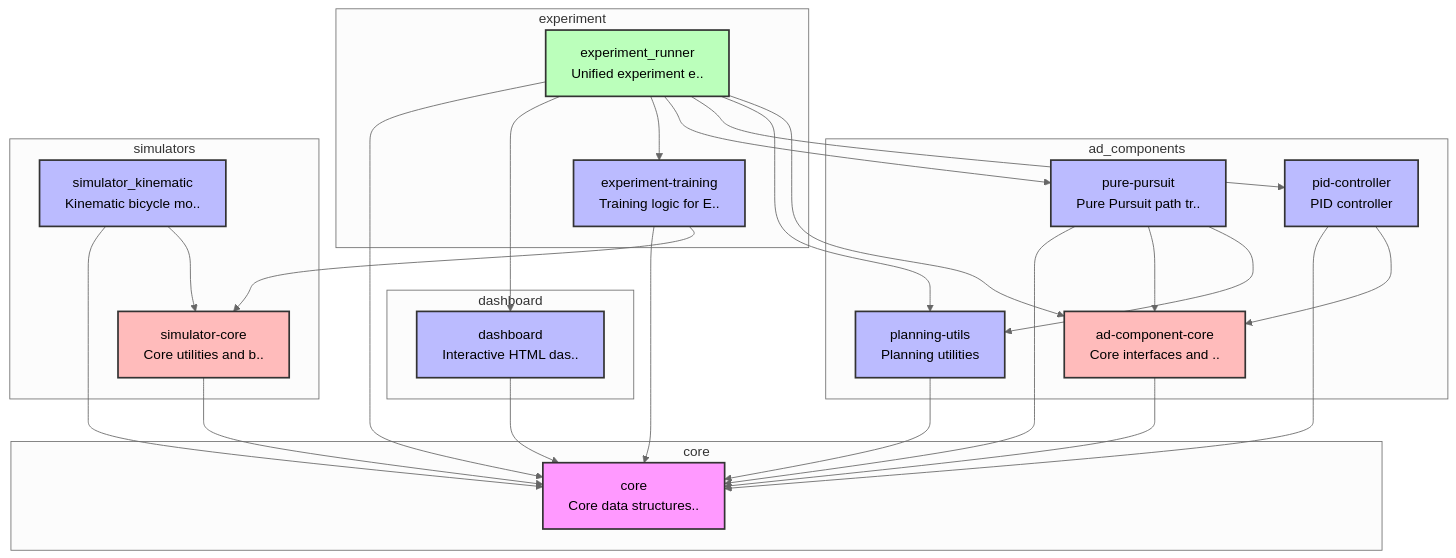
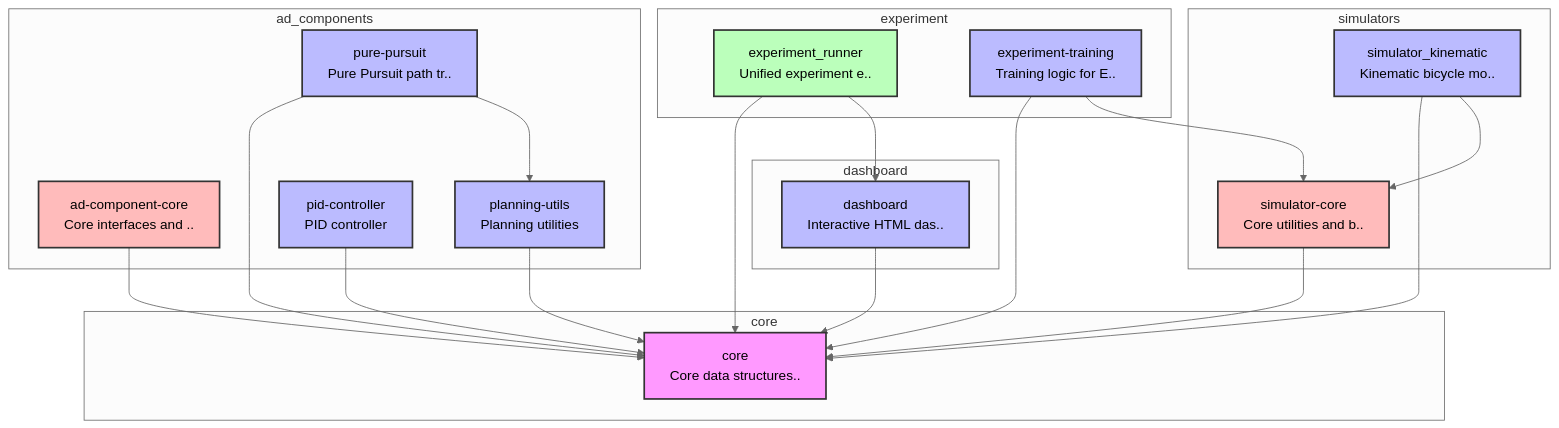
One commit to masahiro-kubota/python-self-driving-simulator changed the first of 2 diagrams in README.md. Above: the diagram before and after it, drawn with Mermaid (neutral theme). The commit also changed 3 other files, not shown here.

````diff
--- a/README.md
+++ b/README.md
@@ -107,60 +107,53 @@
 ```mermaid
 graph TD
     %% Styling
     classDef core fill:#f9f,stroke:#333,stroke-width:2px;
     classDef base fill:#fbb,stroke:#333,stroke-width:2px;
     classDef impl fill:#bbf,stroke:#333,stroke-width:2px;
     classDef app fill:#bfb,stroke:#333,stroke-width:2px;
     classDef default fill:#fff,stroke:#333,stroke-width:1px;
     subgraph group_core [core]
         core["core<br/>Core data structures.."]
         class core core;
     end
     subgraph group_dashboard [dashboard]
         dashboard["dashboard<br/>Interactive HTML das.."]
         class dashboard impl;
     end
     subgraph group_ad_components [ad_components]
         ad_component_core["ad-component-core<br/>Core interfaces and .."]
         class ad_component_core base;
         pure_pursuit["pure-pursuit<br/>Pure Pursuit path tr.."]
         class pure_pursuit impl;
         planning_utils["planning-utils<br/>Planning utilities"]
         class planning_utils impl;
         pid_controller["pid-controller<br/>PID controller"]
         class pid_controller impl;
     end
     subgraph group_experiment [experiment]
         experiment_runner["experiment_runner<br/>Unified experiment e.."]
         class experiment_runner app;
         experiment_training["experiment-training<br/>Training logic for E.."]
         class experiment_training impl;
     end
     subgraph group_simulators [simulators]
         simulator_core["simulator-core<br/>Core utilities and b.."]
         class simulator_core base;
         simulator_kinematic["simulator_kinematic<br/>Kinematic bicycle mo.."]
         class simulator_kinematic impl;
     end
     %% Dependencies
     dashboard --> core
     ad_component_core --> core
     pure_pursuit --> core
-    pure_pursuit --> ad_component_core
     pure_pursuit --> planning_utils
     planning_utils --> core
     pid_controller --> core
-    pid_controller --> ad_component_core
     experiment_runner --> core
     experiment_runner --> dashboard
-    experiment_runner --> experiment_training
-    experiment_runner --> pure_pursuit
-    experiment_runner --> pid_controller
-    experiment_runner --> planning_utils
-    experiment_runner --> ad_component_core
     experiment_training --> core
     experiment_training --> simulator_core
     simulator_core --> core
     simulator_kinematic --> core
     simulator_kinematic --> simulator_core
 ```
````
